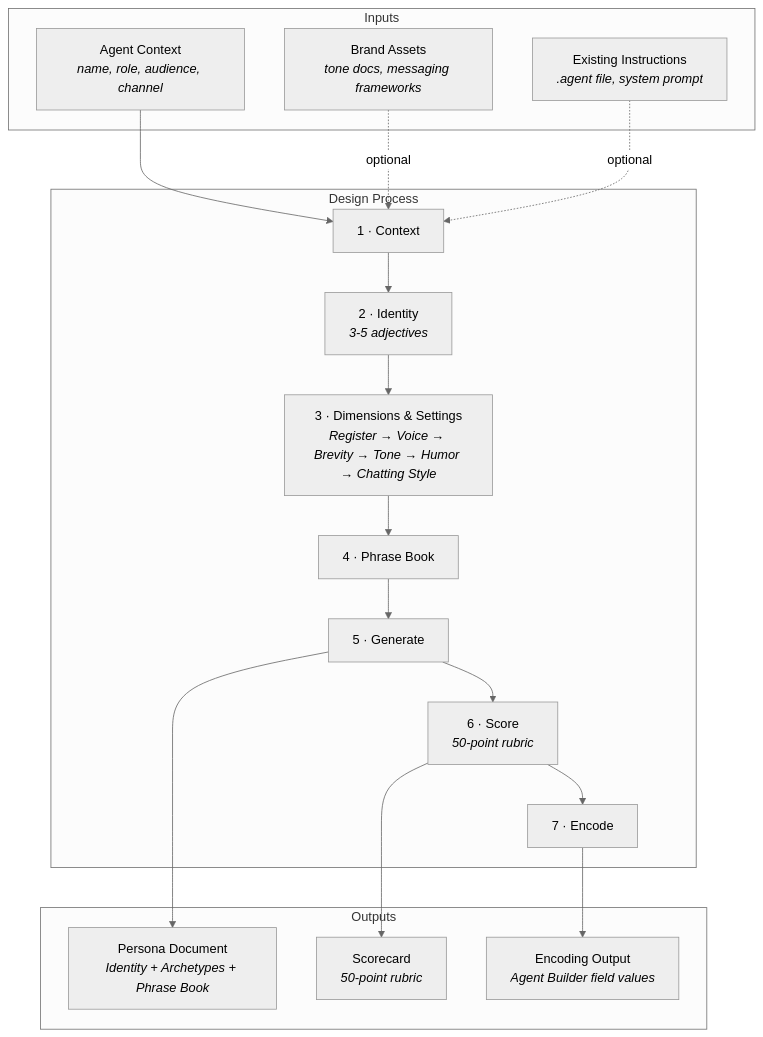
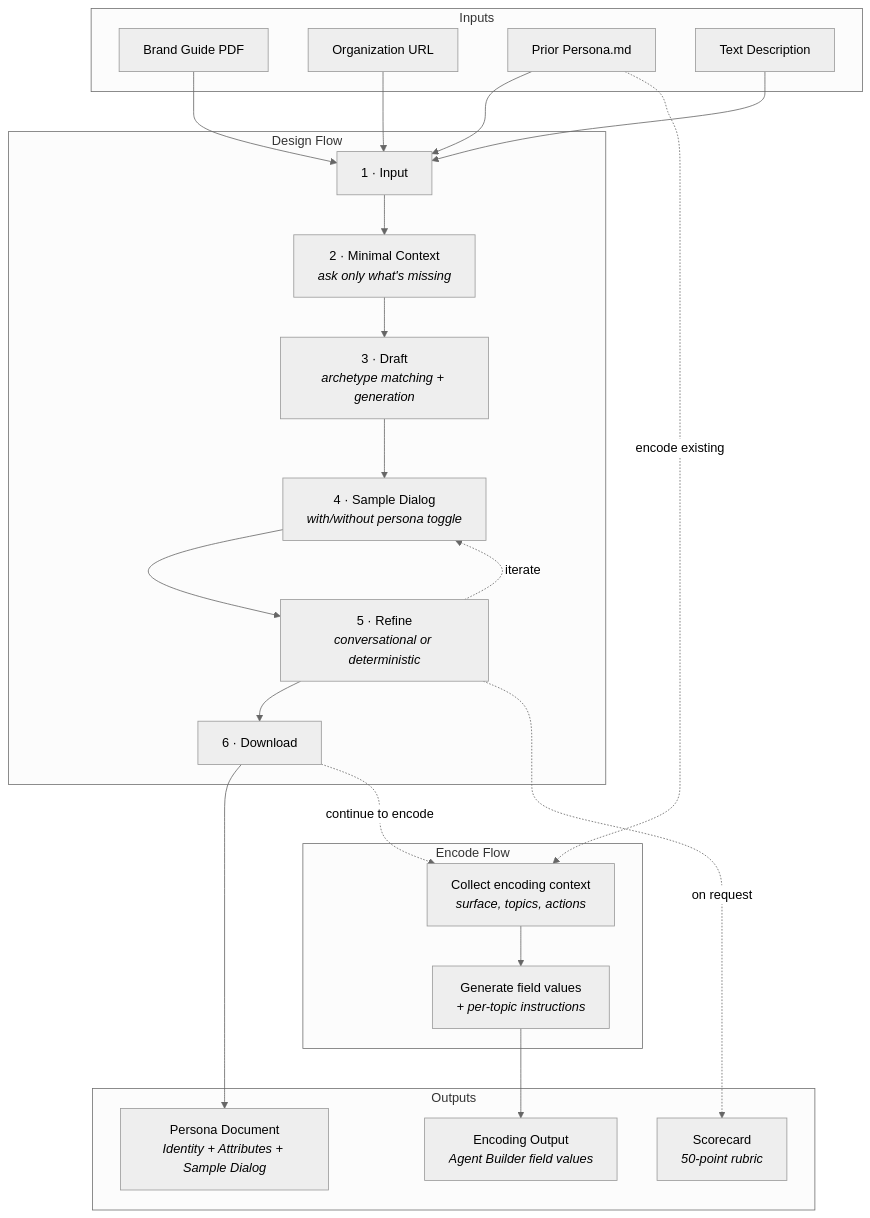
The diagram in README.md (cascadi/sf-ai-agentforce-persona), drawn with Mermaid (neutral theme) before and after one commit. The commit also changed other lines of this file and 2 other files, not shown here.

First line of the commit message:
Update CLAUDE.md, README, framework, and persona template to v1.1

````diff
--- a/README.md
+++ b/README.md
@@ -50,33 +58,43 @@
 ```mermaid
 flowchart TD
     subgraph Inputs
-        AC[Agent Context<br><i>name, role, audience, channel</i>]
-        BA[Brand Assets<br><i>tone docs, messaging frameworks</i>]
-        EI[Existing Instructions<br><i>.agent file, system prompt</i>]
+        BG[Brand Guide PDF]
+        URL[Organization URL]
+        PP[Prior Persona.md]
+        TD[Text Description]
     end
 
-    subgraph Process["Design Process"]
-        S1["1 · Context"]
-        S2["2 · Identity<br><i>3-5 adjectives</i>"]
-        S3["3 · Dimensions & Settings<br><i>Register → Voice → Brevity → Tone → Humor → Chatting Style</i>"]
-        S4["4 · Phrase Book"]
-        S5["5 · Generate"]
-        S6["6 · Score<br><i>50-point rubric</i>"]
-        S7["7 · Encode"]
-        S1 --> S2 --> S3 --> S4 --> S5 --> S6 --> S7
+    subgraph Design["Design Flow"]
+        S1["1 · Input"]
+        S2["2 · Minimal Context<br><i>ask only what's missing</i>"]
+        S3["3 · Draft<br><i>archetype matching + generation</i>"]
+        S4["4 · Sample Dialog<br><i>with/without persona toggle</i>"]
+        S5["5 · Refine<br><i>conversational or deterministic</i>"]
+        S6["6 · Download"]
+        S1 --> S2 --> S3 --> S4 --> S5 --> S6
+        S5 -.->|iterate| S4
+    end
+
+    subgraph Encode["Encode Flow"]
+        E1["Collect encoding context<br><i>surface, topics, actions</i>"]
+        E2["Generate field values<br><i>+ per-topic instructions</i>"]
+        E1 --> E2
     end
 
     subgraph Output["Outputs"]
-        PD["Persona Document<br><i>Identity + Archetypes + Phrase Book</i>"]
+        PD["Persona Document<br><i>Identity + Attributes + Sample Dialog</i>"]
         SC["Scorecard<br><i>50-point rubric</i>"]
         EO["Encoding Output<br><i>Agent Builder field values</i>"]
     end
 
-    AC --> S1
-    BA -.->|optional| S1
-    EI -.->|optional| S1
+    BG --> S1
+    URL --> S1
+    PP --> S1
+    TD --> S1
+    PP -.->|encode existing| E1
 
-    S5 --> PD
-    S6 --> SC
-    S7 --> EO
+    S6 --> PD
+    S5 -.->|on request| SC
+    E2 --> EO
+    S6 -.->|continue to encode| E1
 ```
````
